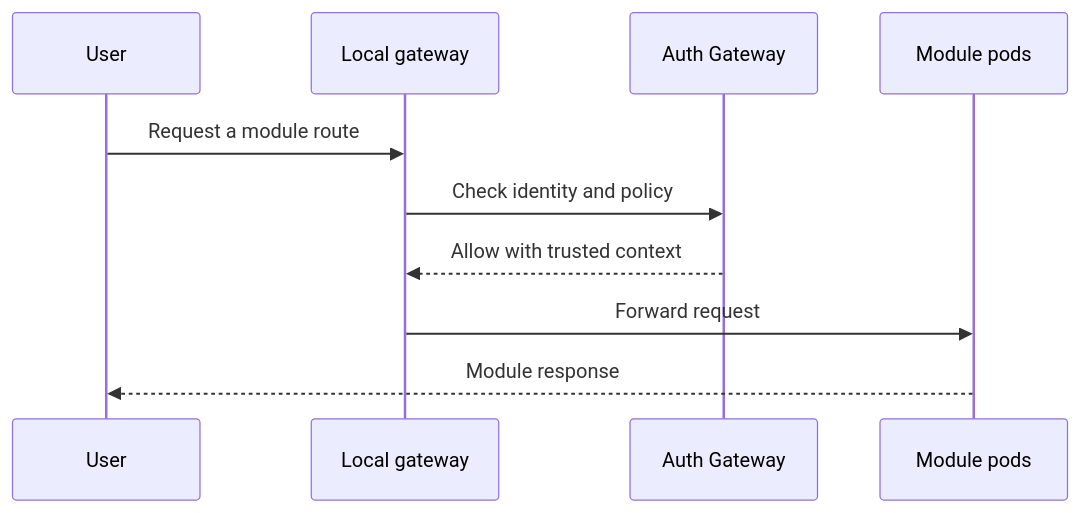
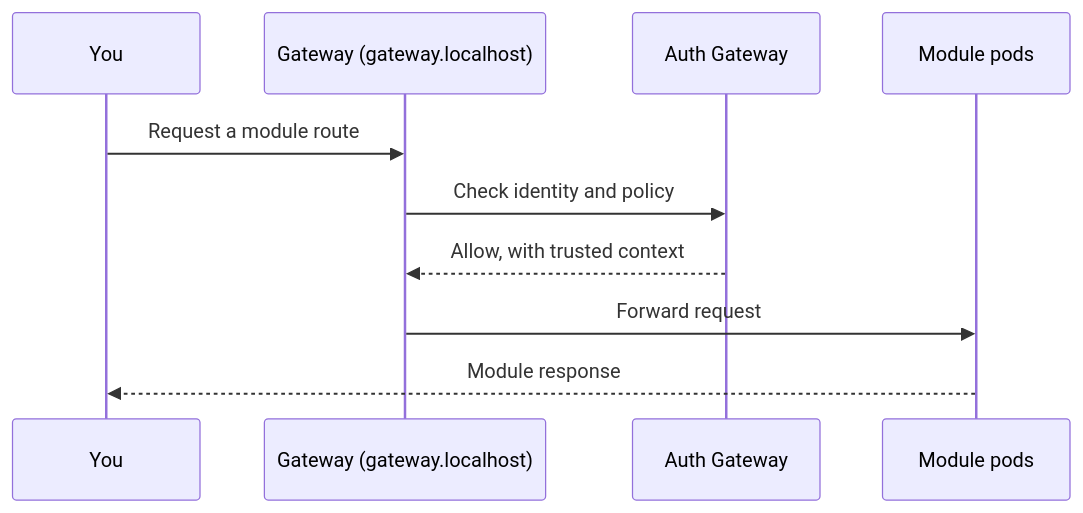
Before and after one commit to Labs64/labs64.io-docs: the diagram in getting-started/run-the-full-ecosystem-locally.md, drawn with Mermaid. The commit also changed other lines of this file and 20 other files, not shown here.

````diff
--- a/getting-started/run-the-full-ecosystem-locally.md
+++ b/getting-started/run-the-full-ecosystem-locally.md
@@ -31,12 +97,12 @@
 ```mermaid
 sequenceDiagram
-  participant U as User
-  participant G as Local gateway
+  participant U as You
+  participant G as Gateway (gateway.localhost)
   participant A as Auth Gateway
   participant M as Module pods
   U->>G: Request a module route
   G->>A: Check identity and policy
-  A-->>G: Allow with trusted context
+  A-->>G: Allow, with trusted context
   G->>M: Forward request
   M-->>U: Module response
 ```
````
